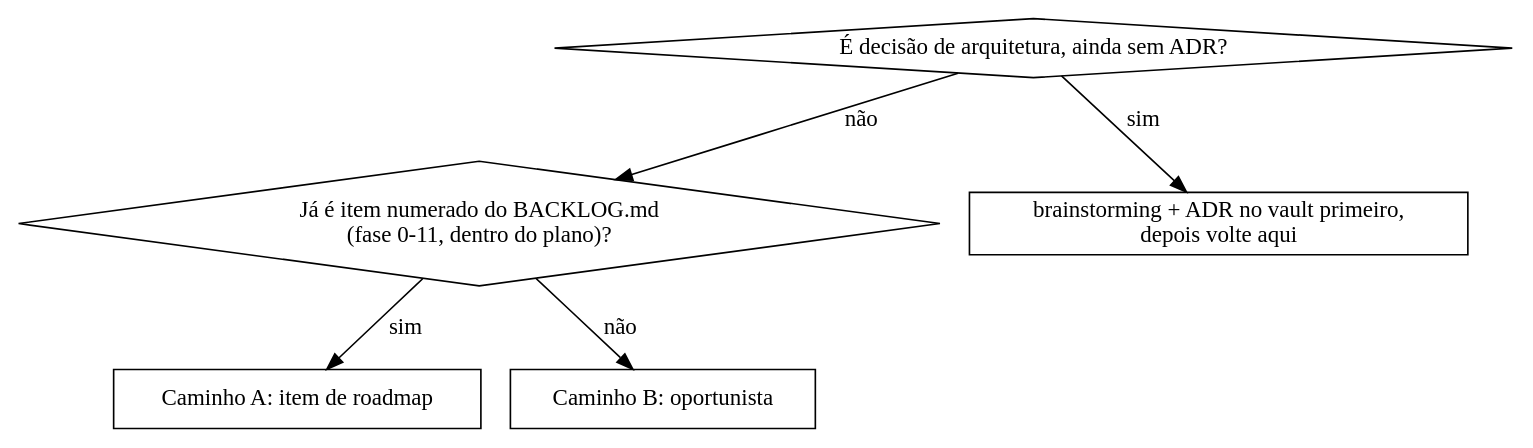
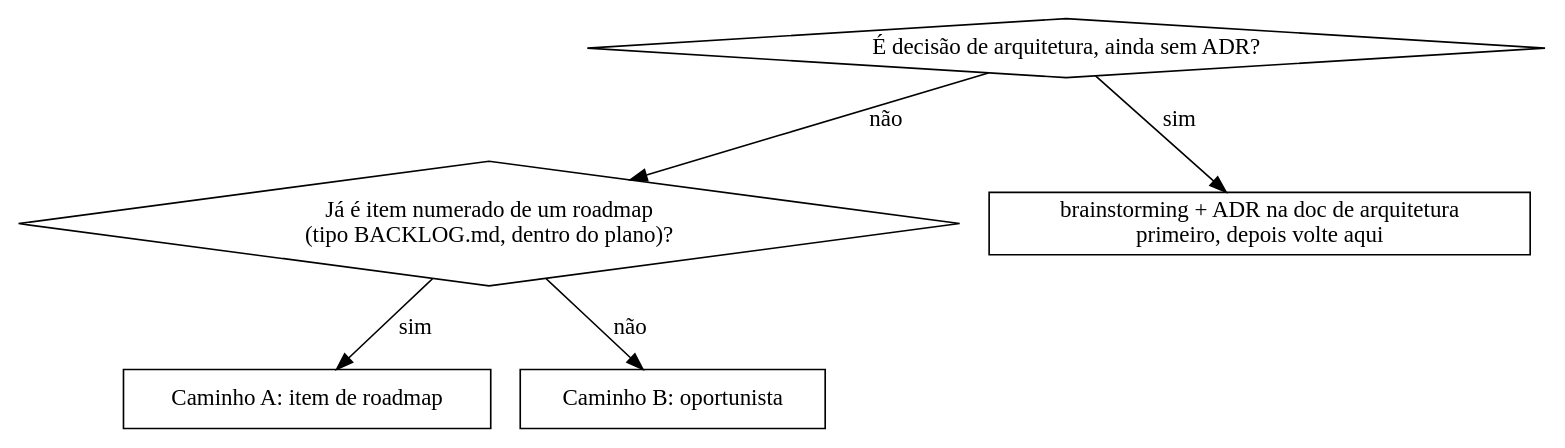
One commit to endydragonn/GerenciadorEventos changed the diagram in .claude/skills/create-issue/SKILL.md. Above: the diagram before and after it, drawn with Graphviz. The commit also changed other lines of this file and 4 other files, not shown here.

````diff
--- a/.claude/skills/create-issue/SKILL.md
+++ b/.claude/skills/create-issue/SKILL.md
@@ -15,14 +16,14 @@
 ```dot
 digraph path {
   "É decisão de arquitetura, ainda sem ADR?" [shape=diamond];
-  "Já é item numerado do BACKLOG.md\n(fase 0-11, dentro do plano)?" [shape=diamond];
-  "brainstorming + ADR no vault primeiro,\ndepois volte aqui" [shape=box];
+  "Já é item numerado de um roadmap\n(tipo BACKLOG.md, dentro do plano)?" [shape=diamond];
+  "brainstorming + ADR na doc de arquitetura\nprimeiro, depois volte aqui" [shape=box];
   "Caminho A: item de roadmap" [shape=box];
   "Caminho B: oportunista" [shape=box];
 
-  "É decisão de arquitetura, ainda sem ADR?" -> "brainstorming + ADR no vault primeiro,\ndepois volte aqui" [label="sim"];
-  "É decisão de arquitetura, ainda sem ADR?" -> "Já é item numerado do BACKLOG.md\n(fase 0-11, dentro do plano)?" [label="não"];
-  "Já é item numerado do BACKLOG.md\n(fase 0-11, dentro do plano)?" -> "Caminho A: item de roadmap" [label="sim"];
-  "Já é item numerado do BACKLOG.md\n(fase 0-11, dentro do plano)?" -> "Caminho B: oportunista" [label="não"];
+  "É decisão de arquitetura, ainda sem ADR?" -> "brainstorming + ADR na doc de arquitetura\nprimeiro, depois volte aqui" [label="sim"];
+  "É decisão de arquitetura, ainda sem ADR?" -> "Já é item numerado de um roadmap\n(tipo BACKLOG.md, dentro do plano)?" [label="não"];
+  "Já é item numerado de um roadmap\n(tipo BACKLOG.md, dentro do plano)?" -> "Caminho A: item de roadmap" [label="sim"];
+  "Já é item numerado de um roadmap\n(tipo BACKLOG.md, dentro do plano)?" -> "Caminho B: oportunista" [label="não"];
 }
 ```
````
